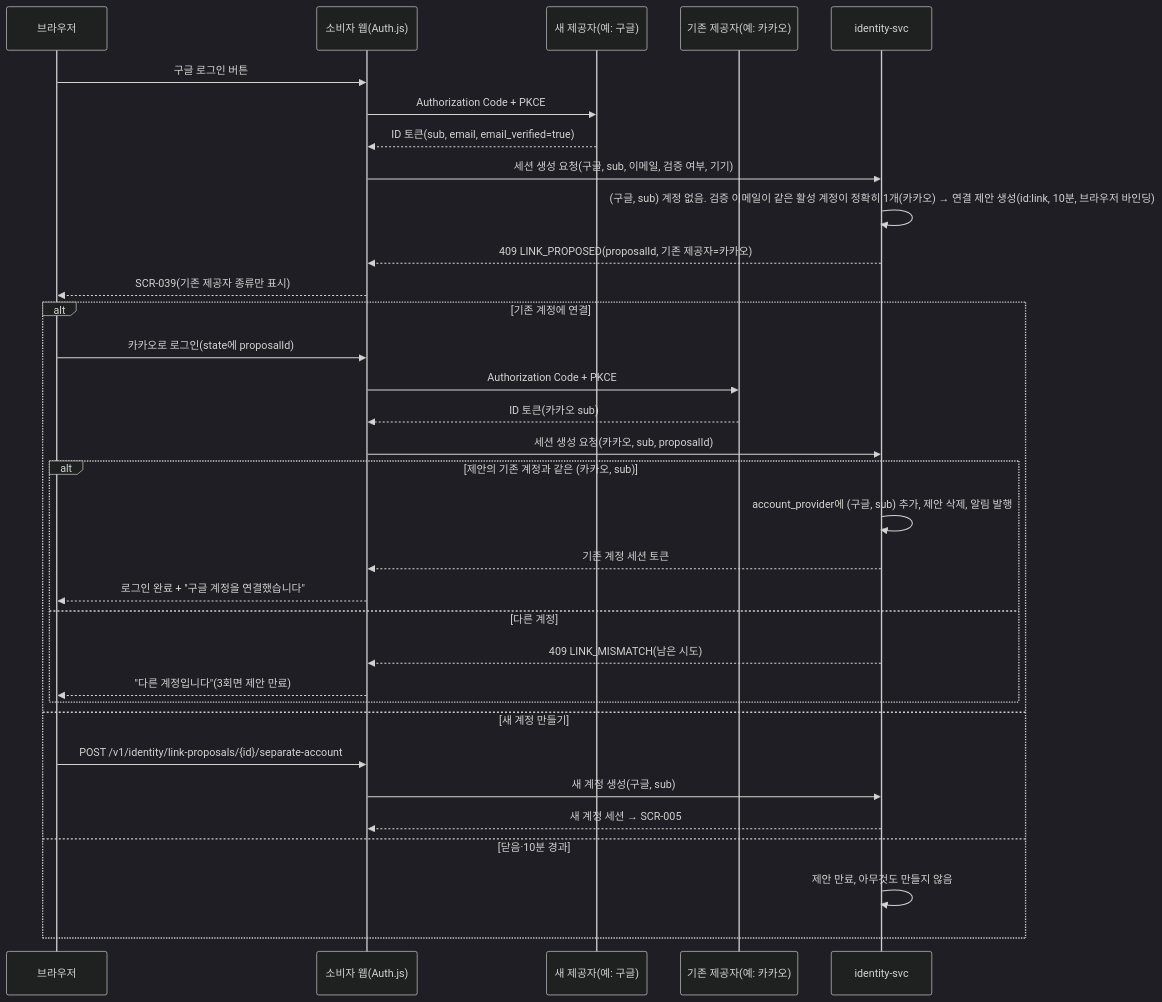
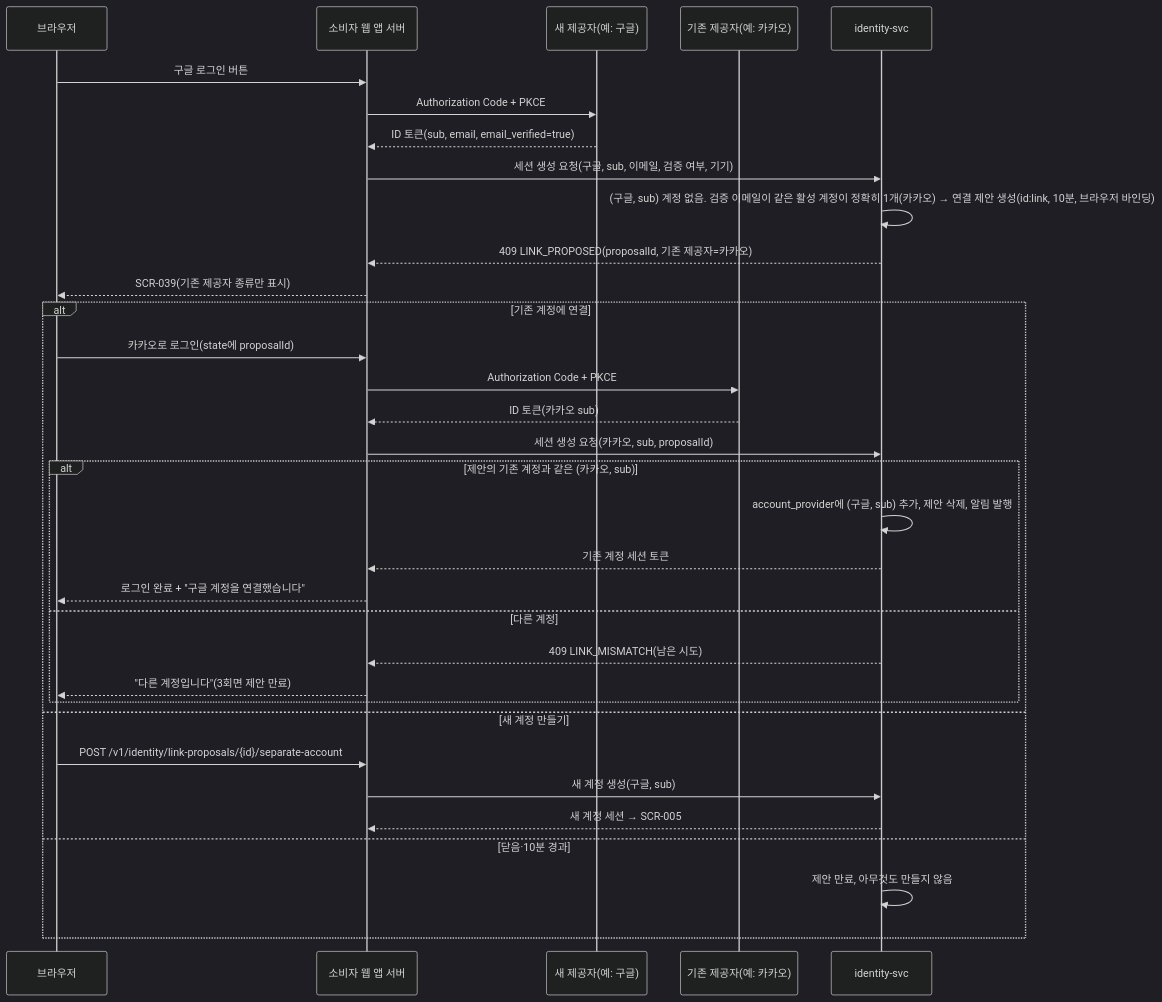
Before and after one commit to peaket/peaket: the second of 4 diagrams in docs/features/identity.md, drawn with Mermaid (dark theme). The commit also changed other lines of this file and 228 other files, not shown here.

````diff
--- a/docs/features/identity.md
+++ b/docs/features/identity.md
@@ -53,35 +63,35 @@
 ```mermaid
 sequenceDiagram
     participant B as 브라우저
-    participant W as 소비자 웹(Auth.js)
+    participant W as 소비자 웹 앱 서버
     participant G as 새 제공자(예: 구글)
     participant K as 기존 제공자(예: 카카오)
     participant I as identity-svc
     B->>W: 구글 로그인 버튼
     W->>G: Authorization Code + PKCE
     G-->>W: ID 토큰(sub, email, email_verified=true)
     W->>I: 세션 생성 요청(구글, sub, 이메일, 검증 여부, 기기)
     I->>I: (구글, sub) 계정 없음. 검증 이메일이 같은 활성 계정이 정확히 1개(카카오) → 연결 제안 생성(id:link, 10분, 브라우저 바인딩)
     I-->>W: 409 LINK_PROPOSED(proposalId, 기존 제공자=카카오)
     W-->>B: SCR-039(기존 제공자 종류만 표시)
     alt 기존 계정에 연결
         B->>W: 카카오로 로그인(state에 proposalId)
         W->>K: Authorization Code + PKCE
         K-->>W: ID 토큰(카카오 sub)
         W->>I: 세션 생성 요청(카카오, sub, proposalId)
         alt 제안의 기존 계정과 같은 (카카오, sub)
             I->>I: account_provider에 (구글, sub) 추가, 제안 삭제, 알림 발행
             I-->>W: 기존 계정 세션 토큰
             W-->>B: 로그인 완료 + "구글 계정을 연결했습니다"
         else 다른 계정
             I-->>W: 409 LINK_MISMATCH(남은 시도)
             W-->>B: "다른 계정입니다"(3회면 제안 만료)
         end
     else 새 계정 만들기
         B->>W: POST /v1/identity/link-proposals/{id}/separate-account
         W->>I: 새 계정 생성(구글, sub)
         I-->>W: 새 계정 세션 → SCR-005
     else 닫음·10분 경과
         I->>I: 제안 만료, 아무것도 만들지 않음
     end
 ```
````
